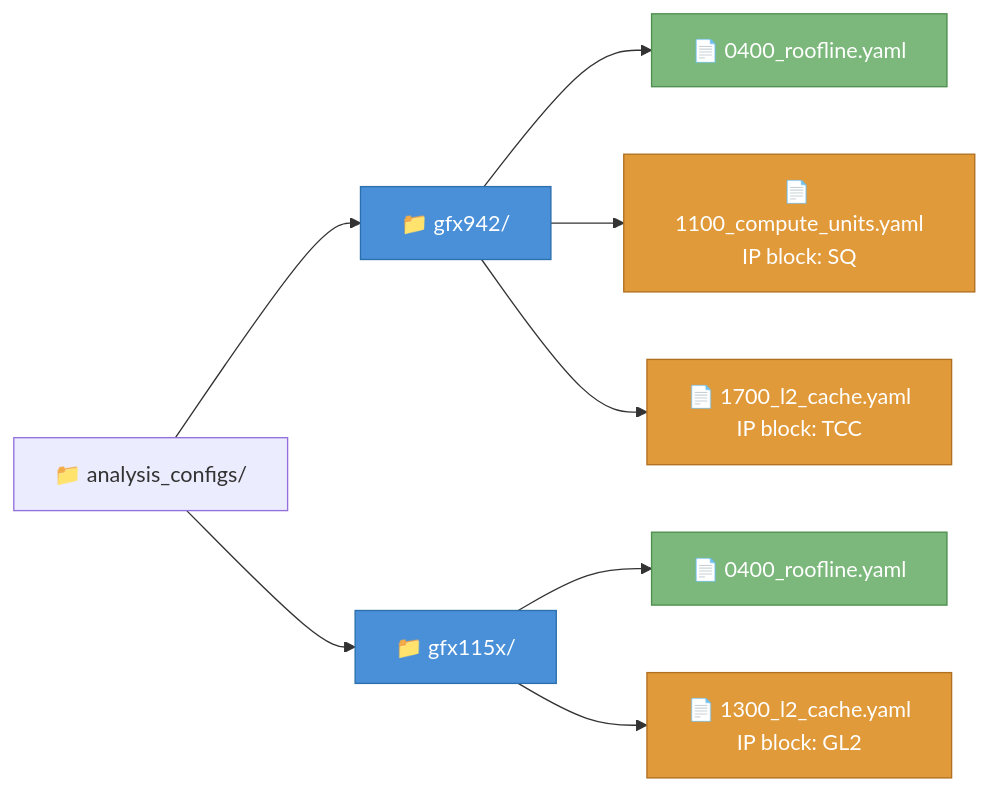
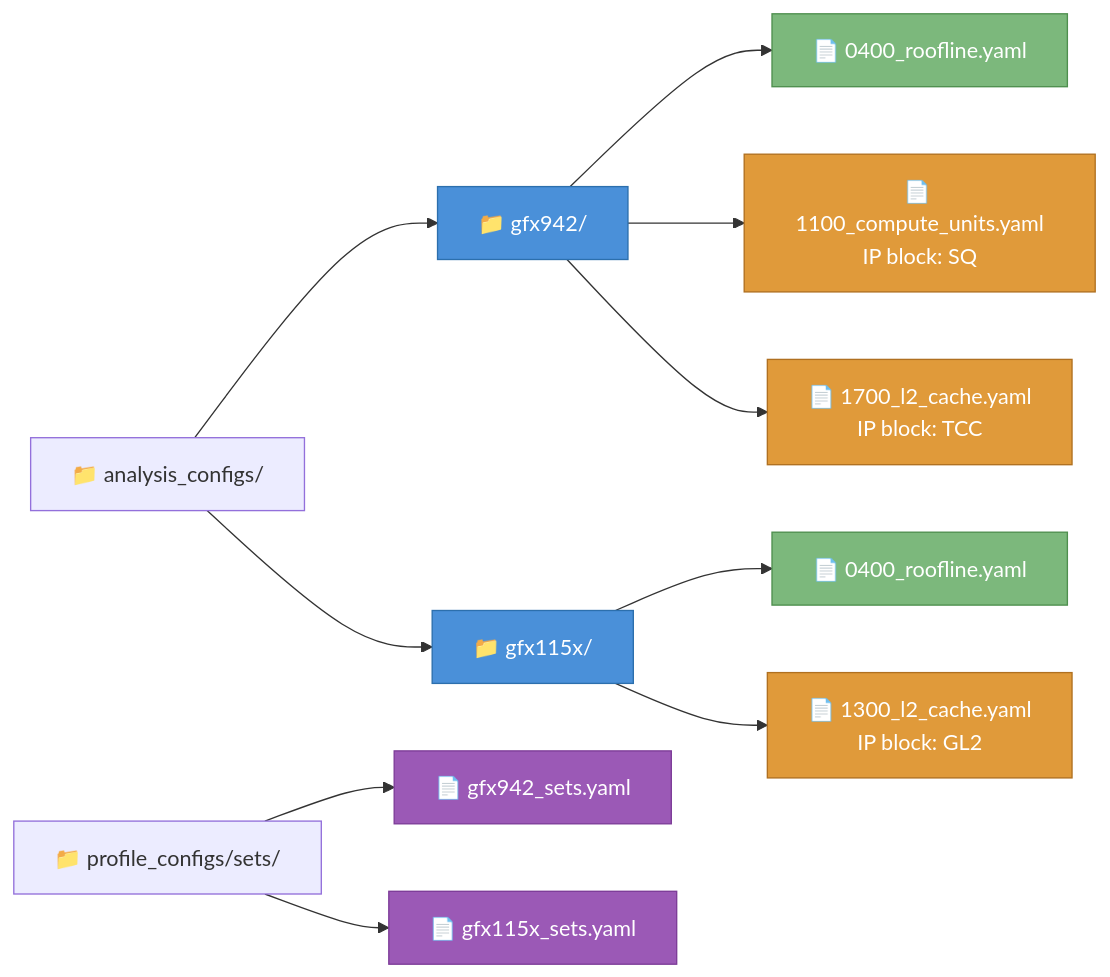
Before and after one commit to ROCm/rocm-systems: the first of 5 diagrams in projects/rocprofiler-compute/docs/design/hld-analysis-config-redesign.md, drawn with Mermaid. The commit also changed other lines of this file, not shown here.

Commit message:
[rocprofiler-compute] Update HLD with layered design, YAML inheritance, and profiling sets

````diff
--- a/projects/rocprofiler-compute/docs/design/hld-analysis-config-redesign.md
+++ b/projects/rocprofiler-compute/docs/design/hld-analysis-config-redesign.md
@@ -48,24 +43,32 @@
 ```mermaid
 flowchart LR
     classDef arch fill:#4a90d9,color:#fff,stroke:#2c6fad
     classDef usecase fill:#7cb87c,color:#fff,stroke:#4e8f4e
     classDef ipblock fill:#e09a3a,color:#fff,stroke:#b07020
+    classDef sets fill:#9b59b6,color:#fff,stroke:#7d3c98
 
     root["📁 analysis_configs/"]
     gfx942["📁 gfx942/"]:::arch
     gfx115x["📁 gfx115x/"]:::arch
 
     r1["📄 0400_roofline.yaml"]:::usecase
     ip1["📄 1100_compute_units.yaml\nIP block: SQ"]:::ipblock
     ip2["📄 1700_l2_cache.yaml\nIP block: TCC"]:::ipblock
     r2["📄 0400_roofline.yaml"]:::usecase
     ip3["📄 1300_l2_cache.yaml\nIP block: GL2"]:::ipblock
 
     root --> gfx942
     root --> gfx115x
     gfx942 --> r1
     gfx942 --> ip1
     gfx942 --> ip2
     gfx115x --> r2
     gfx115x --> ip3
+
+    sets_root["📁 profile_configs/sets/"]
+    set942["📄 gfx942_sets.yaml"]:::sets
+    set115x["📄 gfx115x_sets.yaml"]:::sets
+
+    sets_root --> set942
+    sets_root --> set115x
 ```
````
